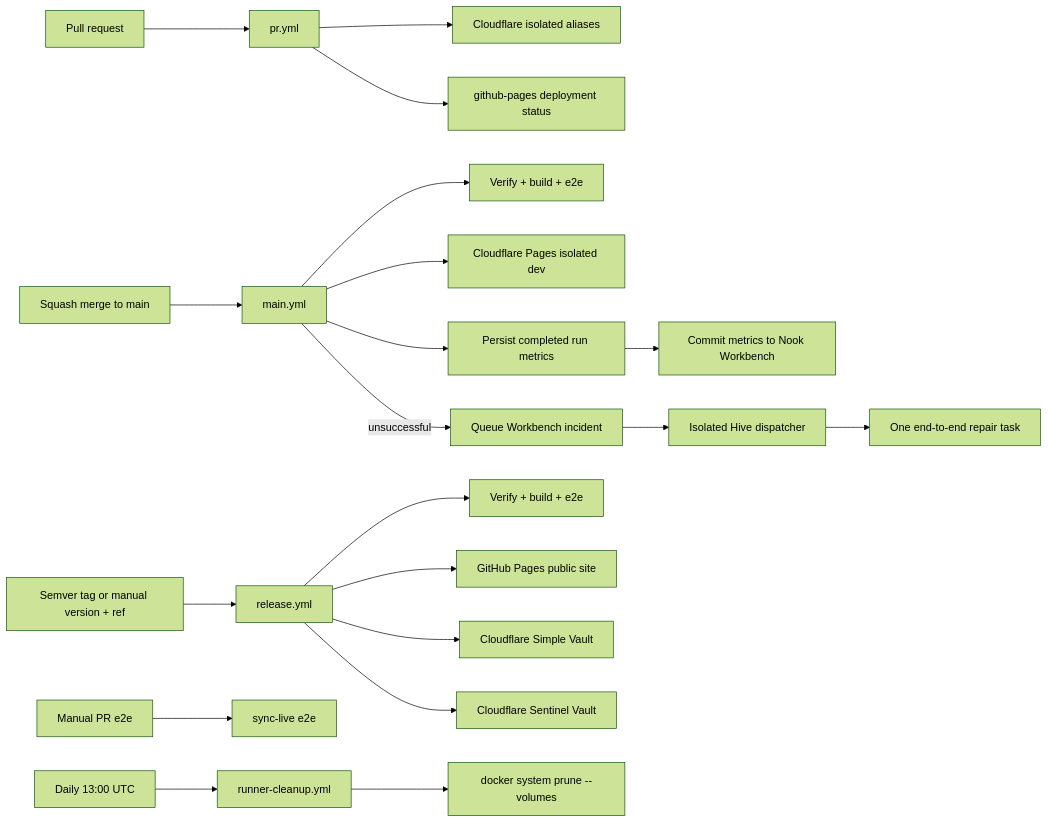
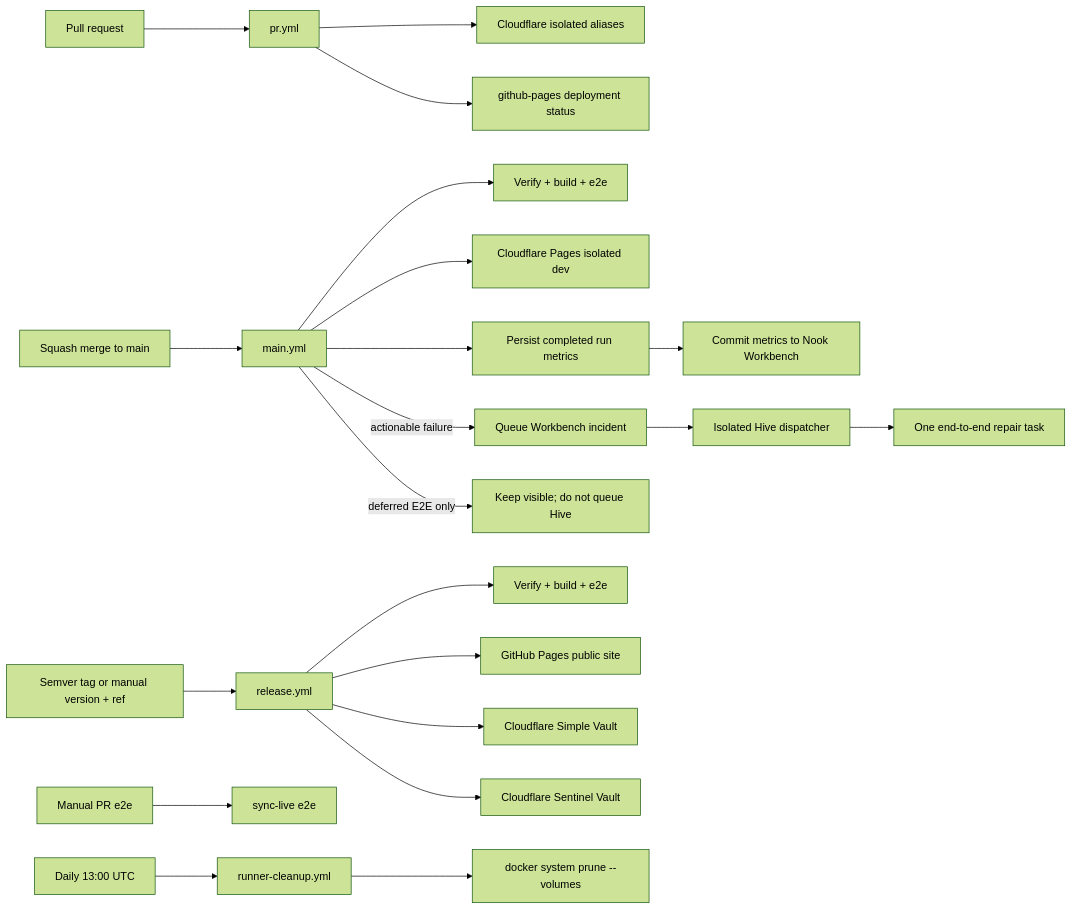
The diagram in .cortex/workflows/ci-pipeline.md (meta-secret/nook), drawn with Mermaid (forest theme) before and after one commit. The commit also changed other lines of this file and 15 other files, not shown here.

Commit message:
Skip deferred E2E-only Hive handoffs

````diff
--- a/.cortex/workflows/ci-pipeline.md
+++ b/.cortex/workflows/ci-pipeline.md
@@ -27,26 +27,27 @@
 ```mermaid
 flowchart LR
   PR[Pull request] --> pr_yml[pr.yml]
   pr_yml --> preview[Cloudflare isolated aliases]
   pr_yml --> pr_deployment[github-pages deployment status]
 
   merge[Squash merge to main] --> main_yml[main.yml]
   main_yml --> main_verify[Verify + build + e2e]
   main_yml --> cf_dev[Cloudflare Pages isolated dev]
   main_yml --> main_stats[Persist completed run metrics]
   main_stats --> workbench_stats[Commit metrics to Nook Workbench]
-  main_yml -->|unsuccessful| main_failure[Queue Workbench incident]
+  main_yml -->|actionable failure| main_failure[Queue Workbench incident]
+  main_yml -->|deferred E2E only| deferred_e2e[Keep visible; do not queue Hive]
   main_failure --> hive_dispatcher[Isolated Hive dispatcher]
   hive_dispatcher --> hive_worker[One end-to-end repair task]
 
   release[Semver tag or manual version + ref] --> release_yml[release.yml]
   release_yml --> release_verify[Verify + build + e2e]
   release_yml --> pages[GitHub Pages public site]
   release_yml --> simple_cf[Cloudflare Simple Vault]
   release_yml --> sentinel_cf[Cloudflare Sentinel Vault]
 
   manual_e2e[Manual PR e2e] --> e2e_live[sync-live e2e]
 
   cleanup_cron[Daily 13:00 UTC] --> cleanup[runner-cleanup.yml]
   cleanup --> docker_prune["docker system prune --volumes"]
 ```
````
